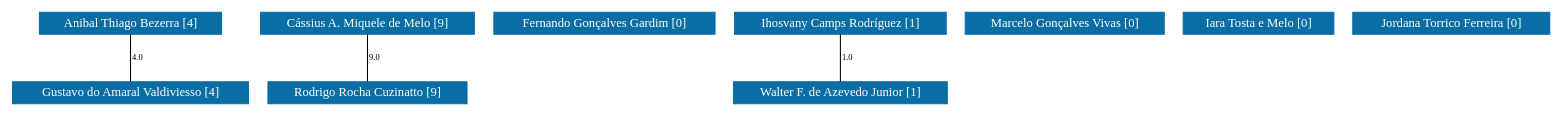
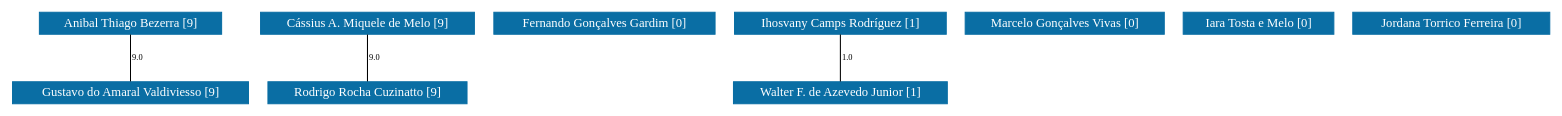
Before and after one commit to icamps/unifal-lattes.github.io: the diagram in PPGF-UNIFAL/grafoDeColaboracoesComPesos.dot, drawn with Graphviz. The commit also changed 601 other files, not shown here.

```diff
--- a/PPGF-UNIFAL/grafoDeColaboracoesComPesos.dot
+++ b/PPGF-UNIFAL/grafoDeColaboracoesComPesos.dot
@@ -1,93 +1,93 @@
 strict graph grafo2 {
 	graph [bb="0,0,1207,87",
 		id=grafo2,
 		overlap=False
 	];
 	node [fontsize=12,
 		label="\N",
 		shape=rectangle,
 		style=filled
 	];
 	0	 [URL="membro-8478305453281130.html",
 		color="#0A6EA4",
 		fontcolor="#FFFFFF",
 		height=0.29167,
-		label="Anibal Thiago Bezerra [4]",
+		label="Anibal Thiago Bezerra [9]",
 		pos="91.5,76.5",
 		width=1.9861];
 	3	 [URL="membro-4023778019418442.html",
 		color="#0A6EA4",
 		fontcolor="#FFFFFF",
 		height=0.29167,
-		label="Gustavo do Amaral Valdiviesso [4]",
+		label="Gustavo do Amaral Valdiviesso [9]",
 		pos="91.5,10.5",
 		width=2.5417];
 	0 -- 3	 [fontsize=8,
-		label=4.0,
+		label=9.0,
 		lp="96.5,43.5",
 		pos="91.5,65.896 91.5,53.653 91.5,33.622 91.5,21.297"];
 	1	 [URL="membro-4002033080997386.html",
 		color="#0A6EA4",
 		fontcolor="#FFFFFF",
 		height=0.29167,
 		label="Cássius A. Miquele de Melo [9]",
 		pos="278.5,76.5",
 		width=2.3194];
 	6	 [URL="membro-8073303573679522.html",
 		color="#0A6EA4",
 		fontcolor="#FFFFFF",
 		height=0.29167,
 		label="Rodrigo Rocha Cuzinatto [9]",
 		pos="278.5,10.5",
 		width=2.1389];
 	1 -- 6	 [fontsize=8,
 		label=9.0,
 		lp="283.5,43.5",
 		pos="278.5,65.896 278.5,53.653 278.5,33.622 278.5,21.297"];
 	2	 [URL="membro-2425549033248106.html",
 		color="#0A6EA4",
 		fontcolor="#FFFFFF",
 		height=0.29167,
 		label="Fernando Gonçalves Gardim [0]",
 		pos="465.5,76.5",
 		width=2.3611];
 	4	 [URL="membro-3732563704810366.html",
 		color="#0A6EA4",
 		fontcolor="#FFFFFF",
 		height=0.29167,
 		label="Ihosvany Camps Rodríguez [1]",
 		pos="650.5,76.5",
 		width=2.2778];
 	7	 [URL="membro-4183276948524704.html",
 		color="#0A6EA4",
 		fontcolor="#FFFFFF",
 		height=0.29167,
 		label="Walter F. de Azevedo Junior [1]",
 		pos="650.5,10.5",
 		width=2.3194];
 	4 -- 7	 [fontsize=8,
 		label=1.0,
 		lp="655.5,43.5",
 		pos="650.5,65.896 650.5,53.653 650.5,33.622 650.5,21.297"];
 	5	 [URL="membro-1312049227898761.html",
 		color="#0A6EA4",
 		fontcolor="#FFFFFF",
 		height=0.29167,
 		label="Marcelo Gonçalves Vivas [0]",
 		pos="828.5,76.5",
 		width=2.1528];
 	8	 [URL="membro-7286059807128292.html",
 		color="#0A6EA4",
 		fontcolor="#FFFFFF",
 		height=0.29167,
 		label="Iara Tosta e Melo [0]",
 		pos="982.5,76.5",
 		width=1.6111];
 	9	 [URL="membro-2740598136336384.html",
 		color="#0A6EA4",
 		fontcolor="#FFFFFF",
 		height=0.29167,
 		label="Jordana Torrico Ferreira [0]",
 		pos="1132.5,76.5",
 		width=2.0694];
 }
```
